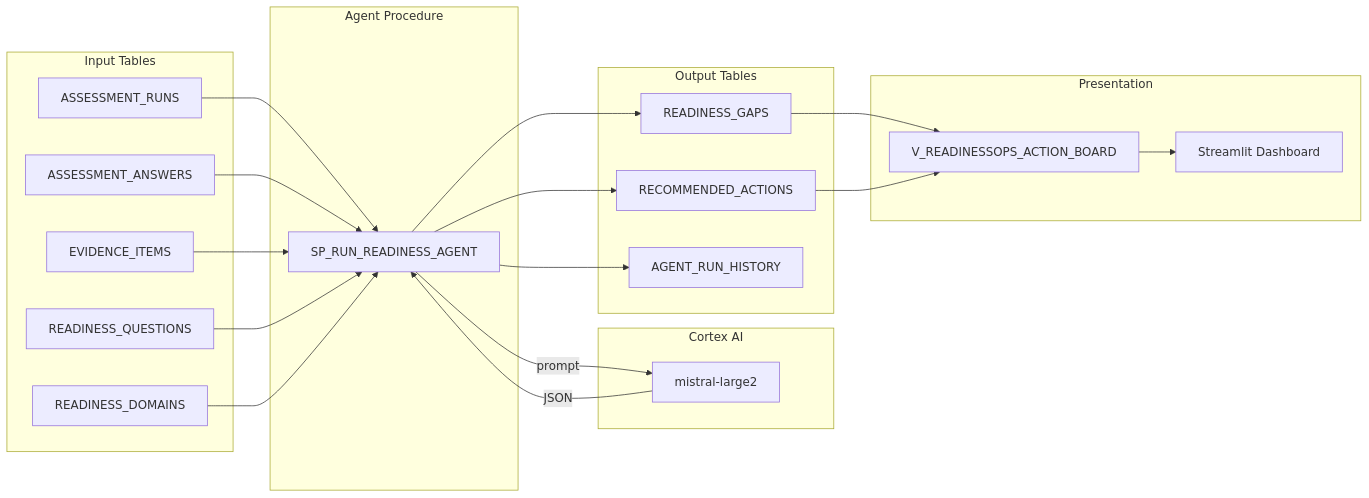
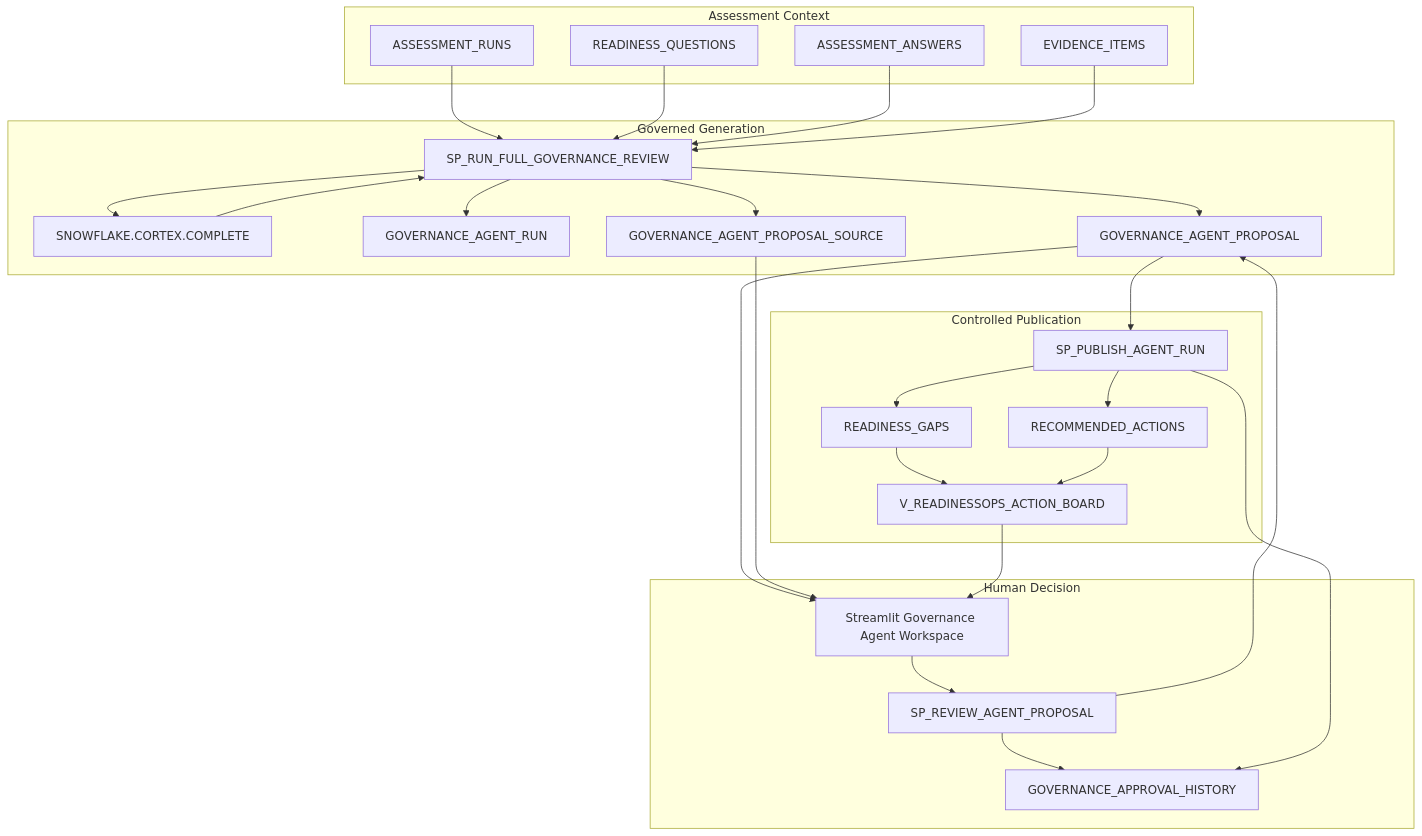
One commit to solidfdn/solifan-readinessops changed the first of 2 diagrams in docs/architecture.md. Above: the diagram before and after it, drawn with Mermaid. The commit also changed other lines of this file and 10 other files, not shown here.

Commit message:
Update governance workspace documentation and screenshots

````diff
--- a/docs/architecture.md
+++ b/docs/architecture.md
@@ -11,43 +11,54 @@
 ```mermaid
-graph LR
-    subgraph Input Tables
+flowchart TD
+    subgraph Assessment Context
         AR[ASSESSMENT_RUNS]
+        RQ[READINESS_QUESTIONS]
         AA[ASSESSMENT_ANSWERS]
         EI[EVIDENCE_ITEMS]
-        RQ[READINESS_QUESTIONS]
-        RD[READINESS_DOMAINS]
     end
 
-    subgraph Agent Procedure
-        SP[SP_RUN_READINESS_AGENT]
+    subgraph Governed Generation
+        SP1[SP_RUN_FULL_GOVERNANCE_REVIEW]
+        CX[SNOWFLAKE.CORTEX.COMPLETE]
+        GR[GOVERNANCE_AGENT_RUN]
+        GP[GOVERNANCE_AGENT_PROPOSAL]
+        GS[GOVERNANCE_AGENT_PROPOSAL_SOURCE]
     end
 
-    subgraph Cortex AI
-        LLM[mistral-large2]
+    subgraph Human Decision
+        ST[Streamlit Governance Agent Workspace]
+        SP2[SP_REVIEW_AGENT_PROPOSAL]
+        AH[GOVERNANCE_APPROVAL_HISTORY]
     end
 
-    subgraph Output Tables
+    subgraph Controlled Publication
+        SP3[SP_PUBLISH_AGENT_RUN]
         RG[READINESS_GAPS]
         RA[RECOMMENDED_ACTIONS]
-        AH[AGENT_RUN_HISTORY]
+        VW[V_READINESSOPS_ACTION_BOARD]
     end
 
-    subgraph Presentation
-        VW[V_READINESSOPS_ACTION_BOARD]
-        ST[Streamlit Dashboard]
-    end
+    AR --> SP1
+    RQ --> SP1
+    AA --> SP1
+    EI --> SP1
+    SP1 --> CX
+    CX --> SP1
+    SP1 --> GR
+    SP1 --> GP
+    SP1 --> GS
 
-    AR --> SP
-    AA --> SP
-    EI --> SP
-    RQ --> SP
-    RD --> SP
-    SP -->|prompt| LLM
-    LLM -->|JSON| SP
-    SP --> RG
-    SP --> RA
-    SP --> AH
+    GP --> ST
+    GS --> ST
+    ST --> SP2
+    SP2 --> GP
+    SP2 --> AH
+
+    GP --> SP3
+    SP3 --> RG
+    SP3 --> RA
+    SP3 --> AH
     RG --> VW
     RA --> VW
     VW --> ST
 ```
````
